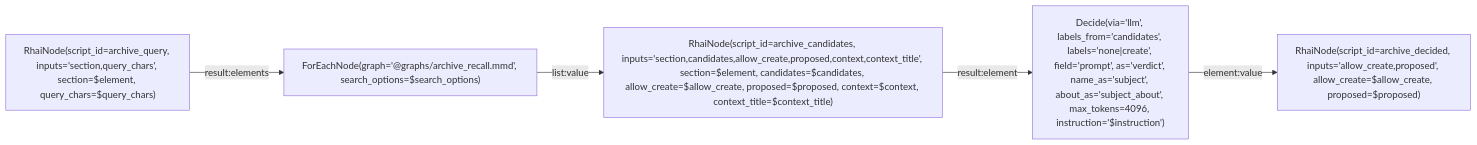
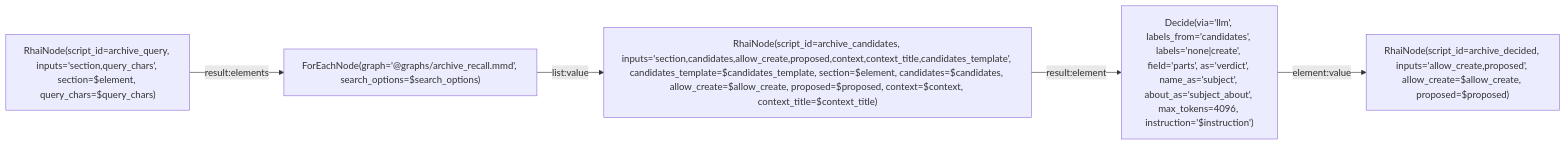
One commit to L-Defraiteur/rag3db changed the diagram in extension/rag3weaver/templates/backends/memory/graphs/archive_decide.mmd. Above: the diagram before and after it, drawn with Mermaid. The commit also changed 3 other files, not shown here.

```diff
--- a/extension/rag3weaver/templates/backends/memory/graphs/archive_decide.mmd
+++ b/extension/rag3weaver/templates/backends/memory/graphs/archive_decide.mmd
@@ -1,25 +1,26 @@
 %% tool: archive_decide
 %% description: Une section (l'élément) : les fiches candidates par la recherche, puis la décision fermée du modèle (une candidate, none, create), rendue comme l'élément des écritures (kind, fiche, records, liens, provenance). Appelé une fois par section par le ForEachNode de archive.
 %% Les étiquettes candidate_N sont résolues par archive_decided vers les noms exacts ; les noms et descriptions restent dans le prompt.
 %% Le plafond du Decide (max_tokens=4096) : la réponse porte une étiquette, un nom et une phrase, et Gemini 3.x compte sa réflexion dedans ; le défaut de 2048 en tronquait 1 section sur 432 et 1 sur 152 (15 novembre 2026).
 %% param: element json! -- La section : {title, level, text, anchor, index, chemin, titre, origine}.
 %% param: candidates int = 5 -- Fiches candidates gardées.
 %% param: allow_create bool = false -- create permis (éteint par défaut, comme archive).
 %% param: instruction string! -- Ce que l'étiquette veut dire, pour le modèle ; sans apostrophe droite (substituée entre apostrophes dans la configuration du Decide ; la typographique ’ passe).
 %% param: search_options json! -- Les options de la recherche de candidates (limit…).
 %% param: context string = "" -- Ce qui précède, montré au modèle avant la section, jamais rangé (archive, param context).
 %% param: context_title string = "Ce qui précède (déjà rangé, ne pas ranger) :" -- Le titre posé devant le contexte (archive, param context_title).
 %% param: query_chars int = 4000 -- La borne de la requête de la recherche des candidates (archive, param query_chars).
 %% param: proposed json = [] -- Les fiches proposées par les sections précédentes du même document ({name, about, state, via}), portées par le ForEachNode d'archive (carry) : elles ne sont pas encore cherchables, la transaction de l'outil ne les a pas validées.
+%% param: candidates_template string = "- {{ alias }} : « {{ name }} »{% if proposed %} (proposée plus haut dans ce document){% endif %} : {{ about }}" -- How each candidate fiche is shown to the Decide: a text template on {alias, name, about, proposed}, one line each.
 %% result: decided.result
 
 graph LR
     requete["RhaiNode(script_id=archive_query, inputs='section,query_chars', section=$element, query_chars=$query_chars)"]
     recall["ForEachNode(graph='@graphs/archive_recall.mmd', search_options=$search_options)"]
-    prepare["RhaiNode(script_id=archive_candidates, inputs='section,candidates,allow_create,proposed,context,context_title', section=$element, candidates=$candidates, allow_create=$allow_create, proposed=$proposed, context=$context, context_title=$context_title)"]
-    decide["Decide(via='llm', labels_from='candidates', labels='none|create', field='prompt', as='verdict', name_as='subject', about_as='subject_about', max_tokens=4096, instruction='$instruction')"]
+    prepare["RhaiNode(script_id=archive_candidates, inputs='section,candidates,allow_create,proposed,context,context_title,candidates_template', candidates_template=$candidates_template, section=$element, candidates=$candidates, allow_create=$allow_create, proposed=$proposed, context=$context, context_title=$context_title)"]
+    decide["Decide(via='llm', labels_from='candidates', labels='none|create', field='parts', as='verdict', name_as='subject', about_as='subject_about', max_tokens=4096, instruction='$instruction')"]
     decided["RhaiNode(script_id=archive_decided, inputs='allow_create,proposed', allow_create=$allow_create, proposed=$proposed)"]
     requete -->|result:elements| recall
     recall -->|list:value| prepare
     prepare -->|result:element| decide
     decide -->|element:value| decided
```
